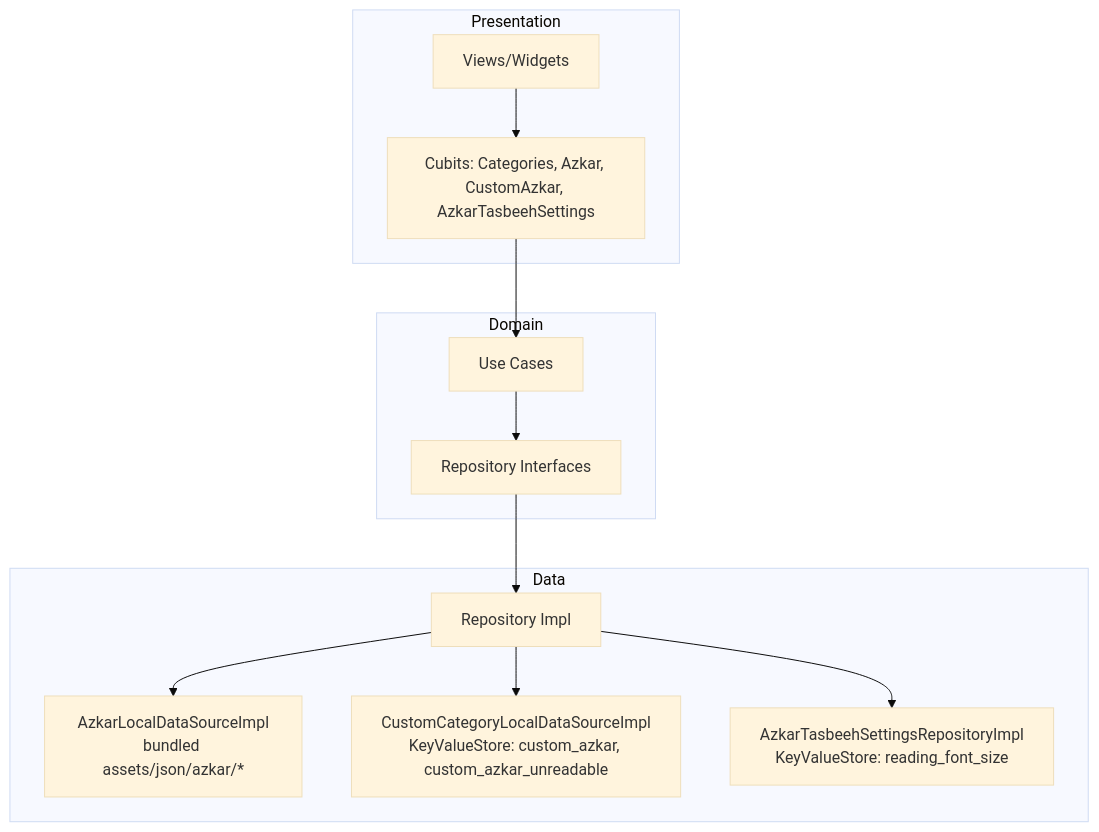
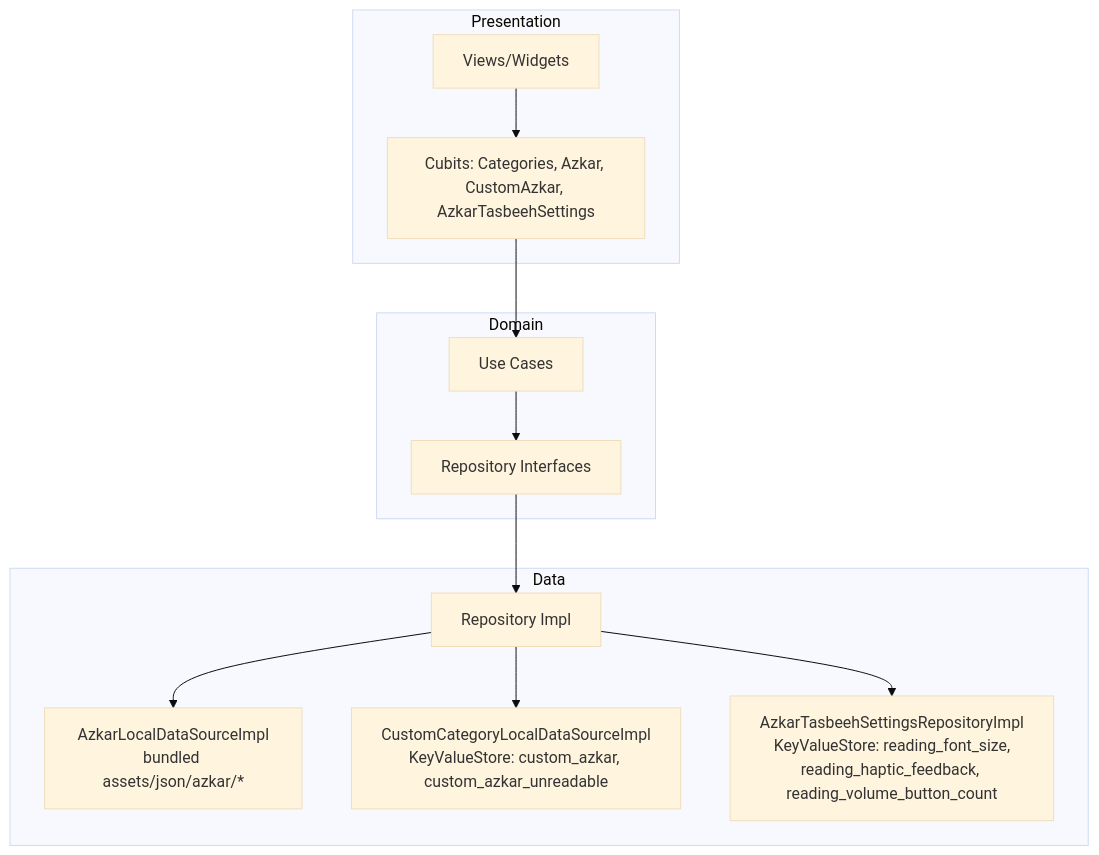
Before and after one commit to Korya0/Sana: the first of 2 diagrams in docs/features/azkar/README.md, drawn with Mermaid (base theme). The commit also changed other lines of this file and 49 other files, not shown here.

Commit message:
feat(azkar): add volume button counting for Android and improve counter controls

````diff
--- a/docs/features/azkar/README.md
+++ b/docs/features/azkar/README.md
@@ -28,15 +28,15 @@
 ```mermaid
 flowchart TB
   subgraph Presentation
     V[Views/Widgets] --> C[Cubits: Categories, Azkar, CustomAzkar, AzkarTasbeehSettings]
   end
   subgraph Domain
     C --> UC[Use Cases] --> IR[Repository Interfaces]
   end
   subgraph Data
     IR --> RImpl[Repository Impl]
     RImpl --> ADS[AzkarLocalDataSourceImpl\nbundled assets/json/azkar/*]
     RImpl --> CDS[CustomCategoryLocalDataSourceImpl\nKeyValueStore: custom_azkar, custom_azkar_unreadable]
-    RImpl --> RS[AzkarTasbeehSettingsRepositoryImpl\nKeyValueStore: reading_font_size]
+    RImpl --> RS[AzkarTasbeehSettingsRepositoryImpl\nKeyValueStore: reading_font_size,\nreading_haptic_feedback, reading_volume_button_count]
   end
 ```
````
